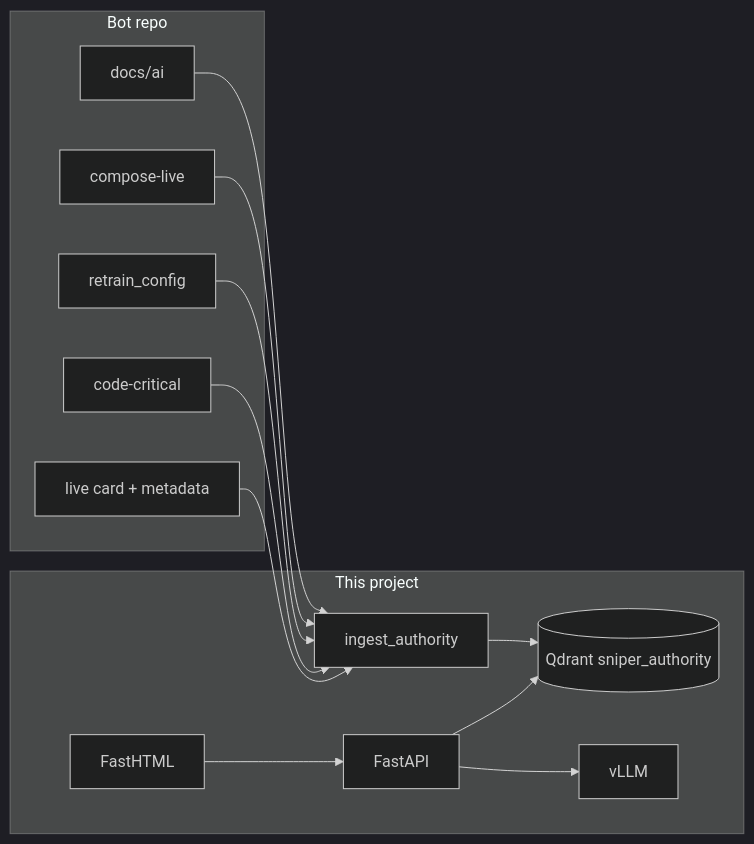
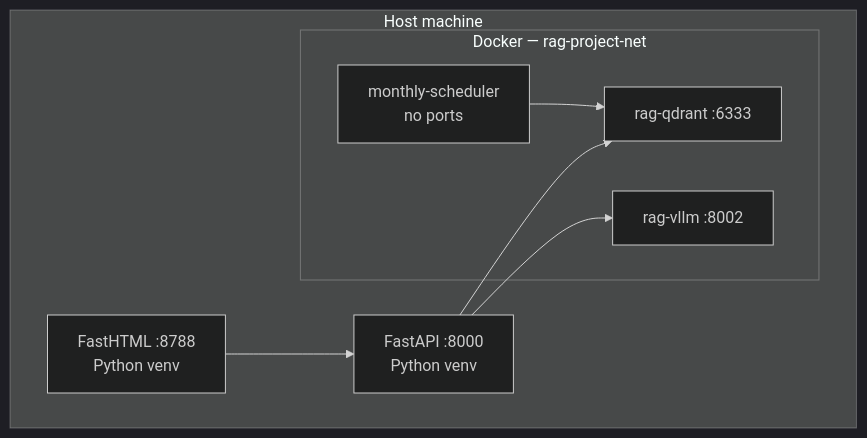
Before and after one commit to seCRet-blip/RAG-project: the fourth of 4 diagrams in README.md, drawn with Mermaid (dark theme). The commit also changed other lines of this file, not shown here.

````diff
--- a/README.md
+++ b/README.md
@@ -12,28 +152,18 @@
 ```mermaid
-flowchart LR
-    subgraph sources ["Bot repo"]
-        DOCS[docs/ai]
-        COMPOSE[compose-live]
-        CFG[retrain_config]
-        CODE[code-critical]
-        STATE[live card + metadata]
+flowchart TB
+    subgraph host ["Host machine"]
+        subgraph docker ["Docker — rag-project-net"]
+            QD["rag-qdrant :6333"]
+            VLLM["rag-vllm :8002"]
+            SCHED["monthly-scheduler<br/>no ports"]
+        end
+
+        API["FastAPI :8000<br/>Python venv"]
+        UI["FastHTML :8788<br/>Python venv"]
     end
 
-    subgraph rag ["This project"]
-        ING[ingest_authority]
-        QD[("Qdrant sniper_authority")]
-        API[FastAPI]
-        UI[FastHTML]
-        VLLM[vLLM]
-    end
-
-    DOCS --> ING
-    COMPOSE --> ING
-    CFG --> ING
-    CODE --> ING
-    STATE --> ING
-    ING --> QD
     UI --> API
     API --> QD
     API --> VLLM
+    SCHED --> QD
 ```
````
